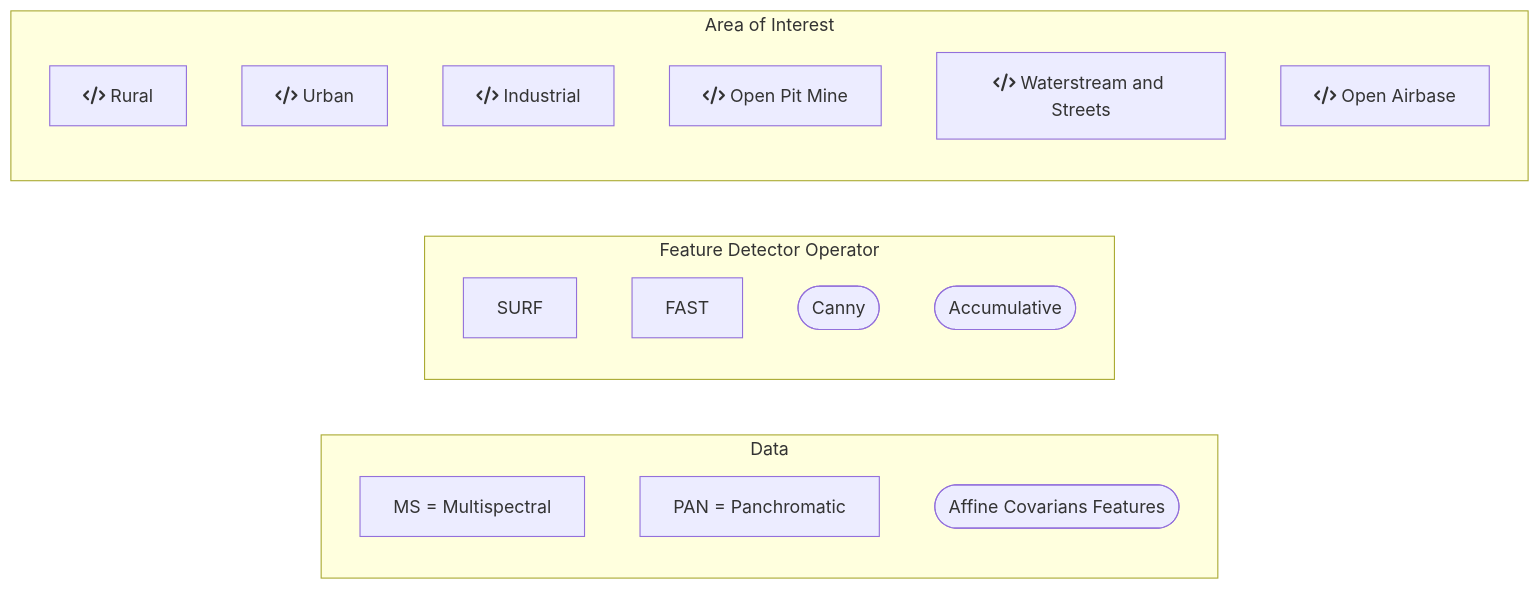
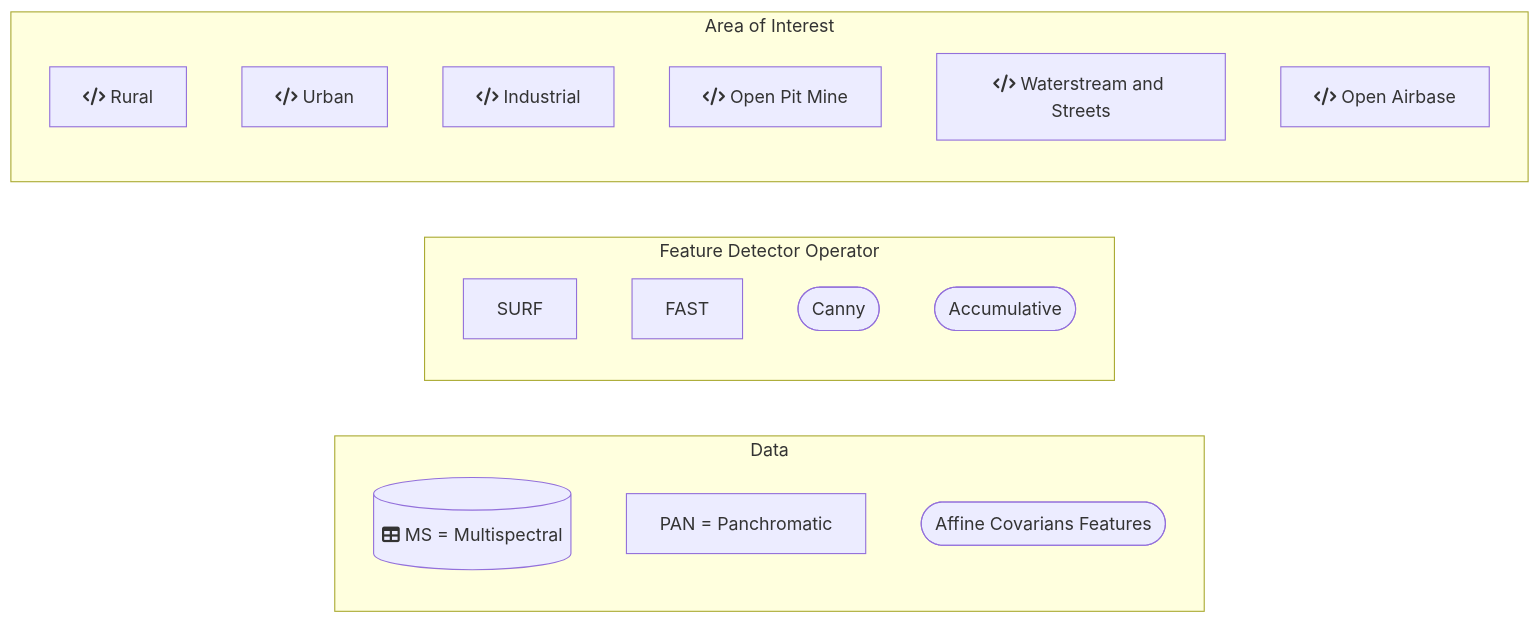
The diagram in Application/README.md (DippoldEJ/Feature-Detection-and-Explanation), drawn with Mermaid before and after one commit.

````diff
--- a/Application/README.md
+++ b/Application/README.md
@@ -13,26 +13,26 @@
 ```mermaid
 flowchart LR;
 
  subgraph Data
-        g[MS = Multispectral]
+        g[(fa:fa-table MS = Multispectral)]
         h[PAN = Panchromatic]
         i([Affine Covarians Features])
     end
 
  subgraph Feature Detector Operator
         j[SURF]
         k[FAST]
         l([Canny])
         m([Accumulative])
     end
 
 subgraph Area of Interest
     a[fa:fa-code Rural]
     b[fa:fa-code Urban]
     c[fa:fa-code Industrial]
     d[fa:fa-code Open Pit Mine]
     e[fa:fa-code Waterstream and Streets]
     f[fa:fa-code Open Airbase]
     end
 
 ```
````
